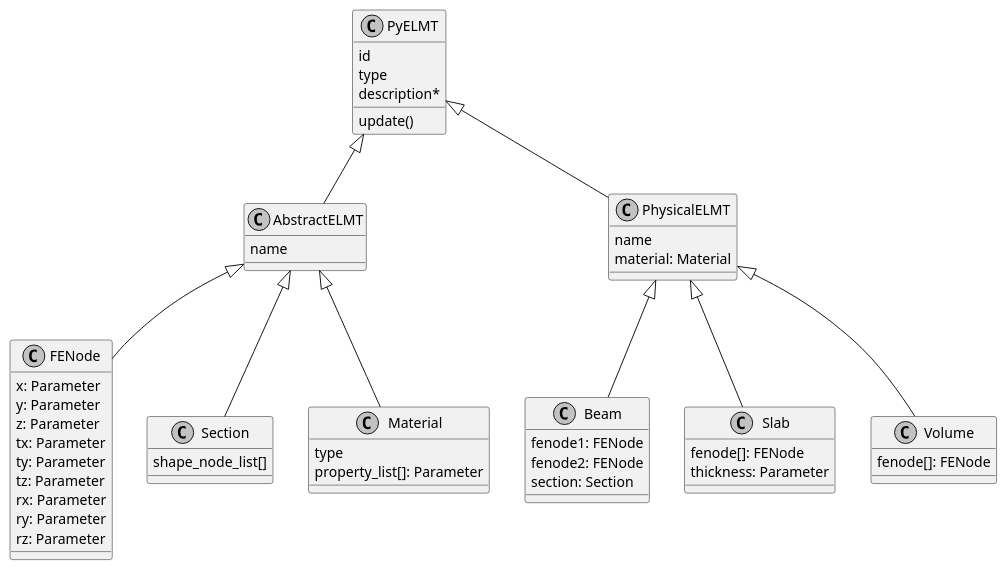
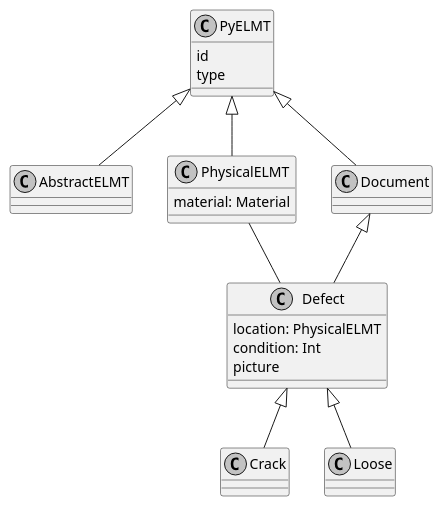
Before and after one commit to YidongQIN/PyBMS_BrIM: the diagram in Notes & Diagrams/ClassDiagram PyELMT.puml, drawn with PlantUML.

Commit message:
UML Py_Inspect

```diff
--- a/Notes & Diagrams/ClassDiagram PyELMT.puml
+++ b/Notes & Diagrams/ClassDiagram PyELMT.puml
@@ -1,67 +1,49 @@
 @startuml
 
 ' left to right direction
 
 skinparam shadowing false
 skinparam monochrome true
 
 class PyELMT{
     id
     type
-    description*
-    update()
 }
 
 class AbstractELMT{
-    name
+
 }
 PyELMT <|-- AbstractELMT
 
 class PhysicalELMT{
-    name
+
     material: Material
 }
 PyELMT <|-- PhysicalELMT
 
-class FENode{
-    x: Parameter
-    y: Parameter
-    z: Parameter
-    tx: Parameter
-    ty: Parameter
-    tz: Parameter
-    rx: Parameter
-    ry: Parameter
-    rz: Parameter
-}
-class Section{
-    shape_node_list[]
-}
-class Material{
-    type
-    property_list[]: Parameter
+class Document{
+
 }
 
+PyELMT <|-- Document
 
-AbstractELMT <|-- Section
-AbstractELMT <|-- Material
-AbstractELMT <|-- FENode
+class Defect {
+    location: PhysicalELMT
+    condition: Int
+    picture
+}
 
+PhysicalELMT -- Defect
 
-class Beam{
-    fenode1: FENode
-    fenode2: FENode
-    section: Section
+Document <|-- Defect
+
+class Crack {
 }
-class Slab{
-    fenode[]: FENode
-    thickness: Parameter
+
+class Loose {
 }
-class Volume{
-    fenode[]: FENode
-}
-PhysicalELMT <|-- Beam
-PhysicalELMT <|-- Slab
-PhysicalELMT <|-- Volume
+
+Defect <|-- Crack
+Defect <|-- Loose
 
 @enduml
```
